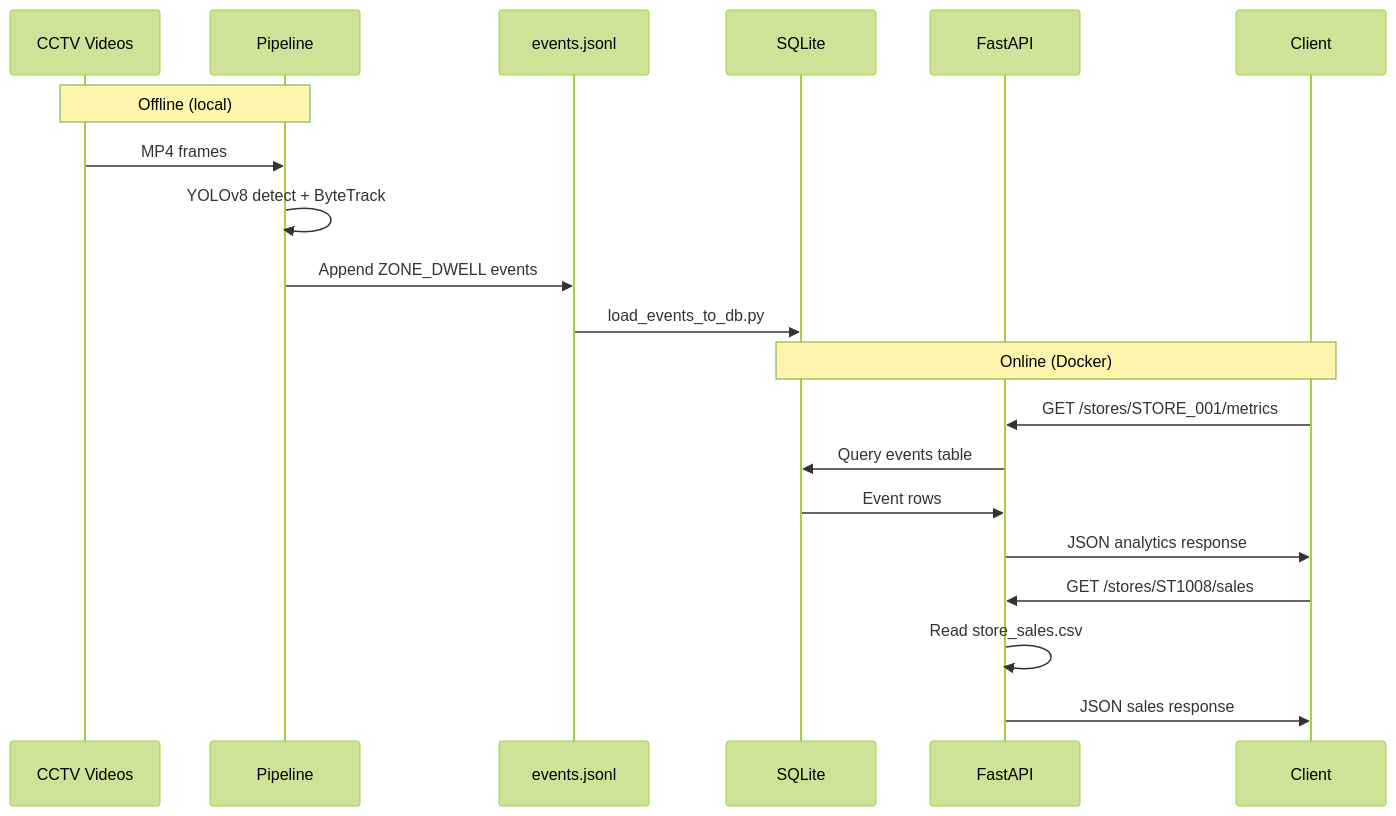
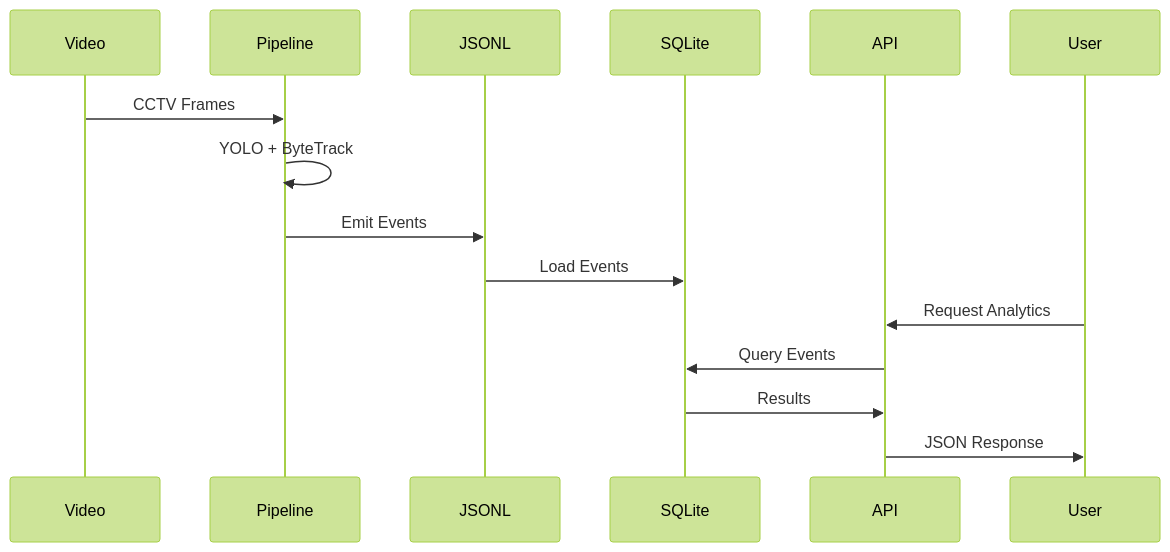
Before and after one commit to Preethamkumarkothakonda/store-intelligence-purplle: the third of 3 diagrams in DESIGN.md, drawn with Mermaid (forest theme). The commit also changed other lines of this file, not shown here.

````diff
--- a/DESIGN.md
+++ b/DESIGN.md
@@ -246,25 +431,20 @@
 ```mermaid
 sequenceDiagram
-    participant V as CCTV Videos
-    participant P as Pipeline
-    participant J as events.jsonl
-    participant D as SQLite
-    participant A as FastAPI
-    participant C as Client
 
-    Note over V,P: Offline (local)
-    V->>P: MP4 frames
-    P->>P: YOLOv8 detect + ByteTrack
-    P->>J: Append ZONE_DWELL events
-    J->>D: load_events_to_db.py
+participant Video
+participant Pipeline
+participant JSONL
+participant SQLite
+participant API
+participant User
 
-    Note over D,C: Online (Docker)
-    C->>A: GET /stores/STORE_001/metrics
-    A->>D: Query events table
-    D->>A: Event rows
-    A->>C: JSON analytics response
+Video->>Pipeline: CCTV Frames
+Pipeline->>Pipeline: YOLO + ByteTrack
+Pipeline->>JSONL: Emit Events
+JSONL->>SQLite: Load Events
 
-    C->>A: GET /stores/ST1008/sales
-    A->>A: Read store_sales.csv
-    A->>C: JSON sales response
+User->>API: Request Analytics
+API->>SQLite: Query Events
+SQLite->>API: Results
+API->>User: JSON Response
 ```
````
